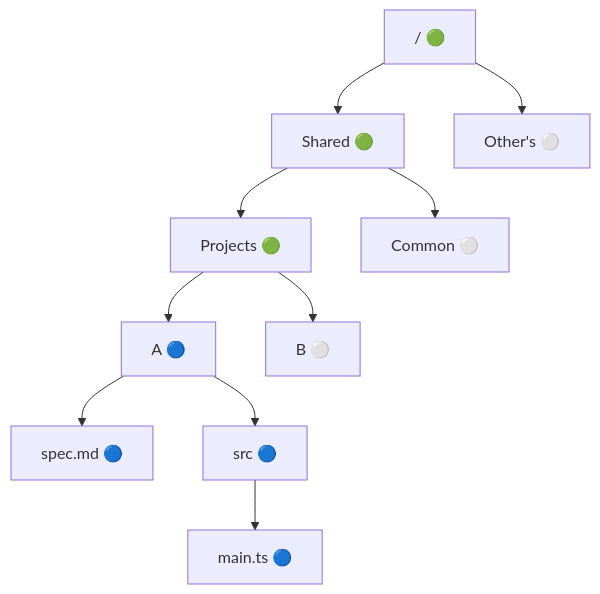
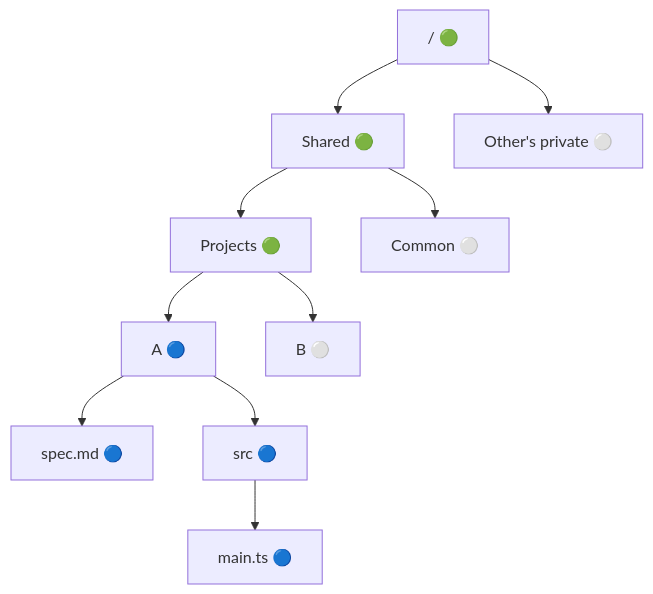
The diagram in apps/docs/docs/user-guide/access-control.mdx (kairo-inc/working-room), drawn with Mermaid before and after one commit. The commit also changed other lines of this file, not shown here.

````diff
--- a/apps/docs/docs/user-guide/access-control.mdx
+++ b/apps/docs/docs/user-guide/access-control.mdx
@@ -51,29 +73,29 @@
 ```mermaid
 flowchart TD
     Root["/ 🟢"]
 
     Shared["Shared 🟢"]
     Projects["Projects 🟢"]
 
     A["A 🔵"]
     Spec["spec.md 🔵"]
     Src["src 🔵"]
     Main["main.ts 🔵"]
 
     B["B ⚪"]
     Common["Common ⚪"]
-    Private["Other's ⚪"]
+    Private["Other's private ⚪"]
 
     Root --> Shared
     Root --> Private
 
     Shared --> Projects
     Shared --> Common
 
     Projects --> A
     Projects --> B
 
     A --> Spec
     A --> Src
     Src --> Main
 ```
````
